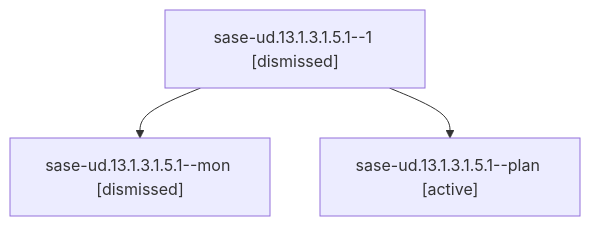
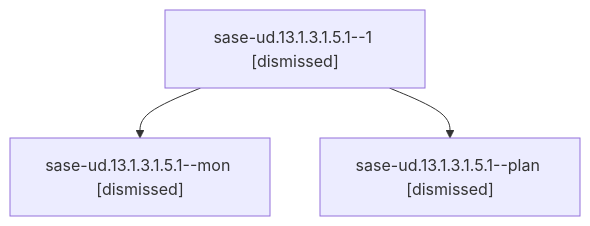
The diagram in sessions/bbugyi200.athena.sase-ud.13.1.3.1.5.1.md (sase-org/sase--agents), drawn with Mermaid before and after one commit. The commit also changed other lines of this file and 380 other files, not shown here.

````diff
--- a/sessions/bbugyi200.athena.sase-ud.13.1.3.1.5.1.md
+++ b/sessions/bbugyi200.athena.sase-ud.13.1.3.1.5.1.md
@@ -9,8 +9,8 @@
 ```mermaid
 flowchart TD
   n0["sase-ud.13.1.3.1.5.1--1 [dismissed]"]
   n1["sase-ud.13.1.3.1.5.1--mon [dismissed]"]
   n0 --> n1
-  n2["sase-ud.13.1.3.1.5.1--plan [active]"]
+  n2["sase-ud.13.1.3.1.5.1--plan [dismissed]"]
   n0 --> n2
 ```
````
